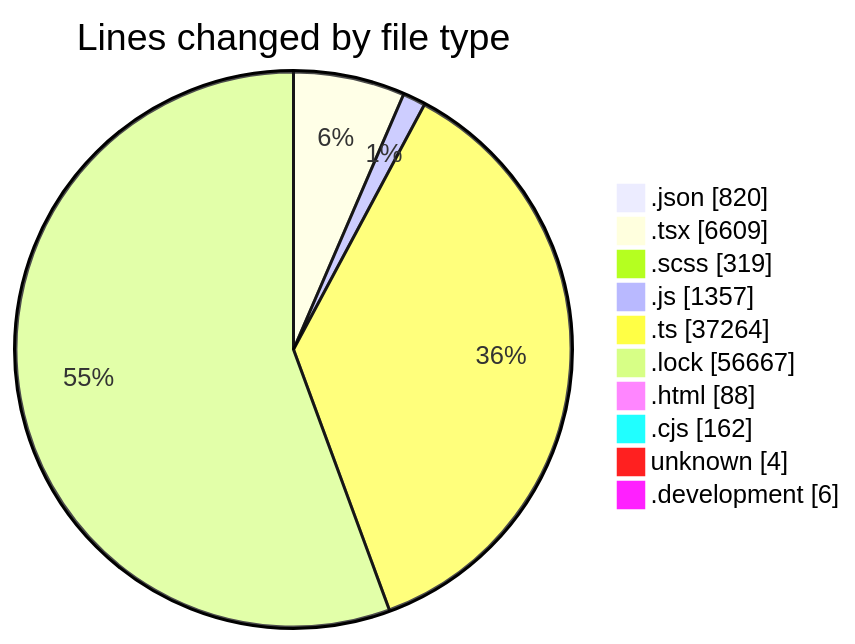
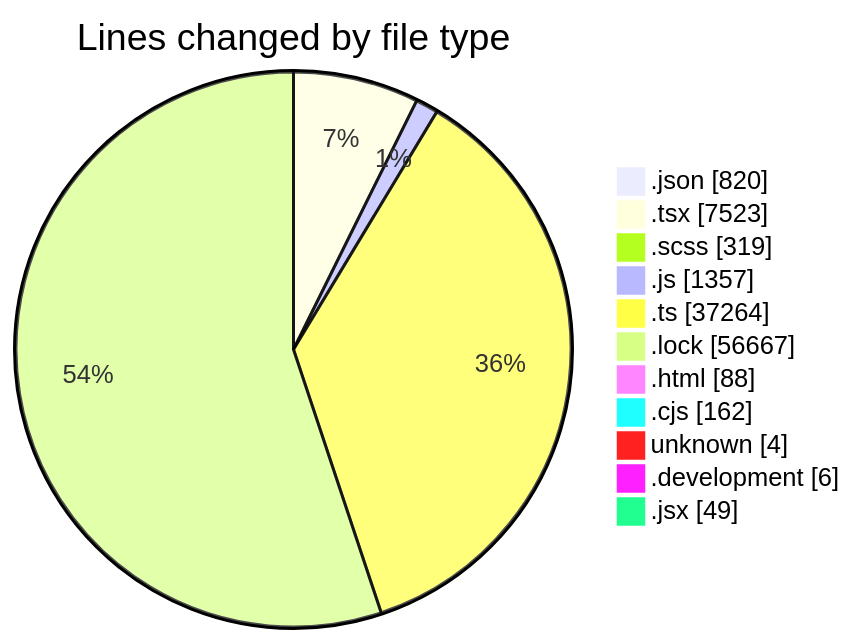
Before and after one commit to momahboobian/code-tracking: the first of 2 diagrams in 2026-09-03/cda/README.md, drawn with Mermaid. The commit also changed other lines of this file and 1 other file, not shown here.

````diff
--- a/2026-09-03/cda/README.md
+++ b/2026-09-03/cda/README.md
@@ -98,14 +110,15 @@
 ```mermaid
 pie showData
 title Lines changed by file type
 ".json" : 820
-".tsx" : 6609
+".tsx" : 7523
 ".scss" : 319
 ".js" : 1357
 ".ts" : 37264
 ".lock" : 56667
 ".html" : 88
 ".cjs" : 162
 "unknown" : 4
 ".development" : 6
+".jsx" : 49
 ```
````
